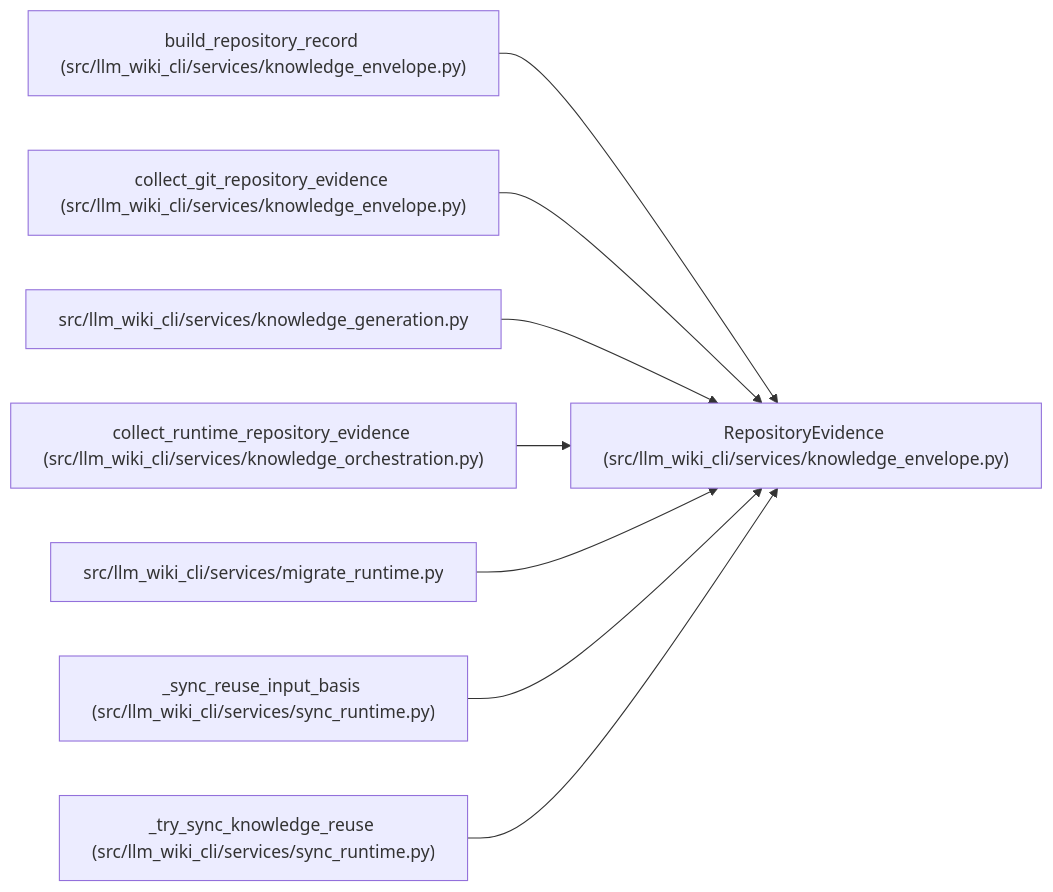
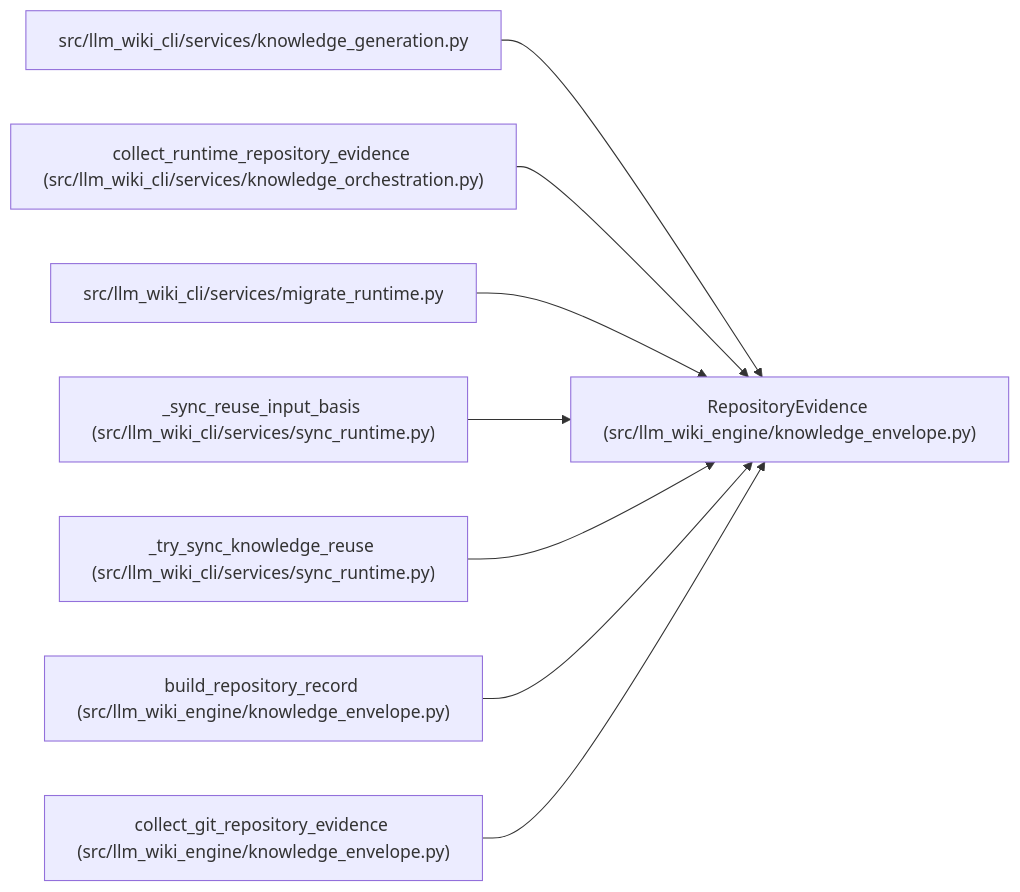
The diagram in docs/llm_wiki/entities/RepositoryEvidence.md (Denissvgn/python-wiki-llm), drawn with Mermaid before and after one commit. The commit also changed other lines of this file and 1058 other files, not shown here.

First line of the commit message:
docs: refresh the wiki for the knowledge store move

````diff
--- a/docs/llm_wiki/entities/RepositoryEvidence.md
+++ b/docs/llm_wiki/entities/RepositoryEvidence.md
@@ -32,26 +32,26 @@
 ```mermaid
 flowchart LR
-    n0["RepositoryEvidence (src/llm_wiki_cli/services/knowledge_envelope.py)"]
-    n1["build_repository_record (src/llm_wiki_cli/services/knowledge_envelope.py)"]
-    n2["collect_git_repository_evidence (src/llm_wiki_cli/services/knowledge_envelope.py)"]
-    n3["src/llm_wiki_cli/services/knowledge_generation.py"]
-    n4["collect_runtime_repository_evidence (src/llm_wiki_cli/services/knowledge_orchestration.py)"]
-    n5["src/llm_wiki_cli/services/migrate_runtime.py"]
-    n6["_sync_reuse_input_basis (src/llm_wiki_cli/services/sync_runtime.py)"]
-    n7["_try_sync_knowledge_reuse (src/llm_wiki_cli/services/sync_runtime.py)"]
+    n0["RepositoryEvidence (src/llm_wiki_engine/knowledge_envelope.py)"]
+    n1["src/llm_wiki_cli/services/knowledge_generation.py"]
+    n2["collect_runtime_repository_evidence (src/llm_wiki_cli/services/knowledge_orchestration.py)"]
+    n3["src/llm_wiki_cli/services/migrate_runtime.py"]
+    n4["_sync_reuse_input_basis (src/llm_wiki_cli/services/sync_runtime.py)"]
+    n5["_try_sync_knowledge_reuse (src/llm_wiki_cli/services/sync_runtime.py)"]
+    n6["build_repository_record (src/llm_wiki_engine/knowledge_envelope.py)"]
+    n7["collect_git_repository_evidence (src/llm_wiki_engine/knowledge_envelope.py)"]
     n1 --> n0
     n2 --> n0
     n3 --> n0
     n4 --> n0
     n5 --> n0
     n6 --> n0
     n7 --> n0
     click n0 "../modules/knowledge_envelope.md"
-    click n1 "../modules/knowledge_envelope.md"
-    click n2 "../modules/knowledge_envelope.md"
-    click n3 "../modules/knowledge_generation.md"
-    click n4 "../modules/knowledge_orchestration.md"
-    click n5 "../modules/migrate_runtime.md"
-    click n6 "../modules/sync_runtime.md"
-    click n7 "../modules/sync_runtime.md"
+    click n1 "../modules/knowledge_generation.md"
+    click n2 "../modules/knowledge_orchestration.md"
+    click n3 "../modules/migrate_runtime.md"
+    click n4 "../modules/sync_runtime.md"
+    click n5 "../modules/sync_runtime.md"
+    click n6 "../modules/knowledge_envelope.md"
+    click n7 "../modules/knowledge_envelope.md"
 ```
````
